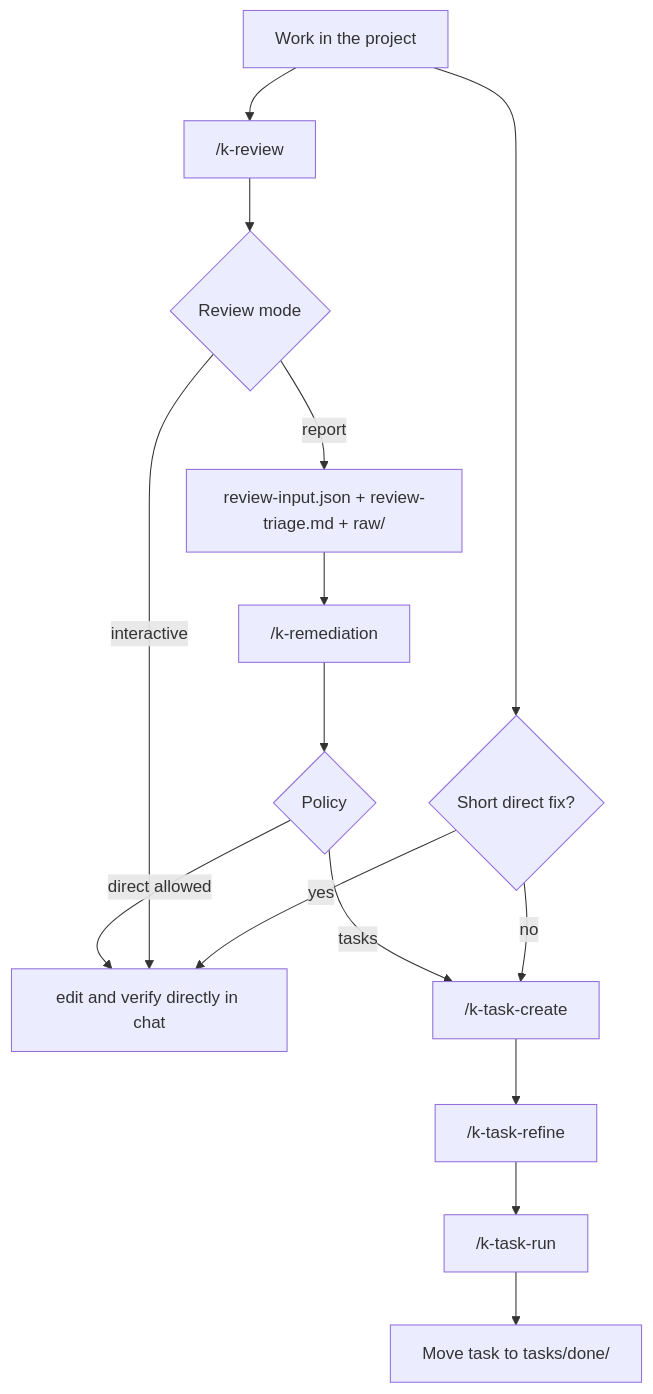
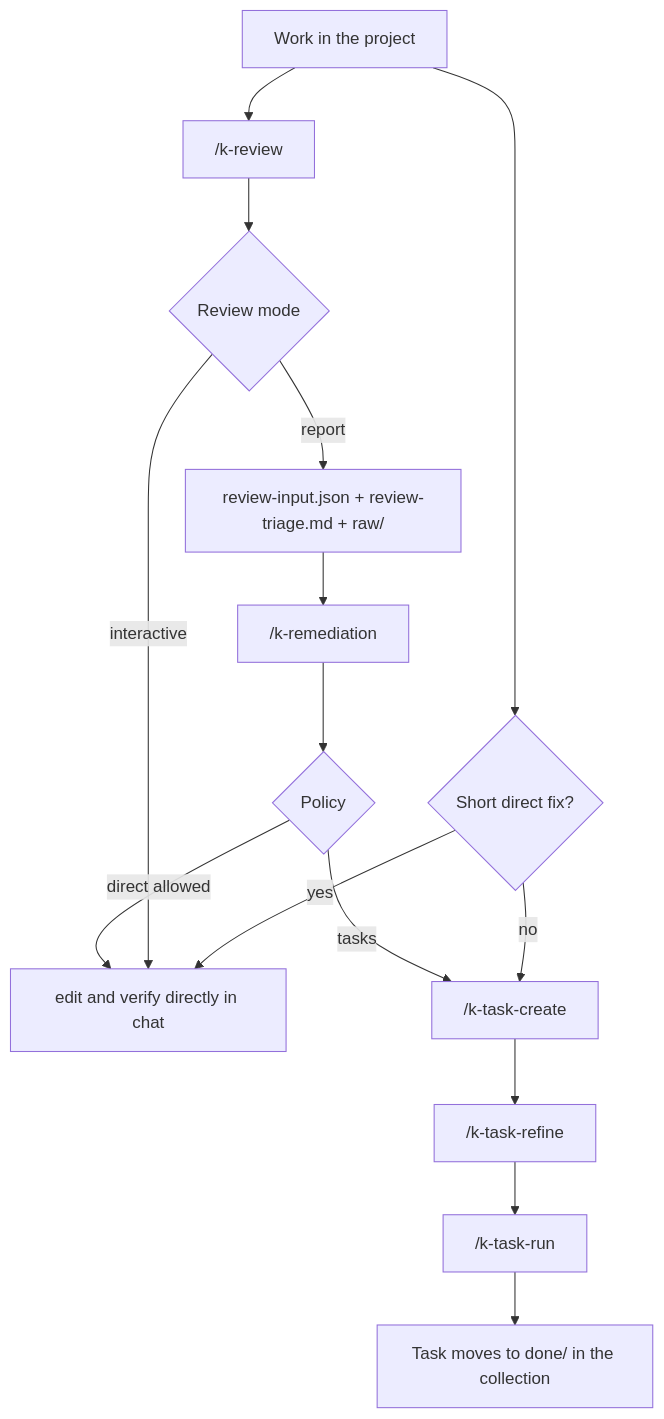
One commit to kascada/k-playbook changed the third of 3 diagrams in docs/manual.md. Above: the diagram before and after it, drawn with Mermaid. The commit also changed other lines of this file and 16 other files, not shown here.

Commit message:
Task 105: Tasks in die Collection — Doku (task-flow, commands, manual, mcp u. a.), alte Task-Module unter share/commands entfernt

````diff
--- a/docs/manual.md
+++ b/docs/manual.md
@@ -170,18 +172,18 @@
 ```mermaid
 flowchart TD
     Start["Work in the project"] --> Small{"Short direct fix?"}
     Small -->|yes| Direct["edit and verify directly in chat"]
     Small -->|no| Task["/k-task-create"]
     Task --> ReviewLoop["/k-task-refine"]
     ReviewLoop --> Run["/k-task-run"]
-    Run --> Done["Move task to tasks/done/"]
+    Run --> Done["Task moves to done/ in the collection"]
 
     Start --> Review["/k-review <name>"]
     Review --> Mode{"Review mode"}
     Mode -->|interactive| Direct
     Mode -->|report| Artifacts["review-input.json + review-triage.md + raw/"]
     Artifacts --> Remediation["/k-remediation"]
     Remediation --> Policy{"Policy"}
     Policy -->|tasks| Task
     Policy -->|direct allowed| Direct
 ```
````
